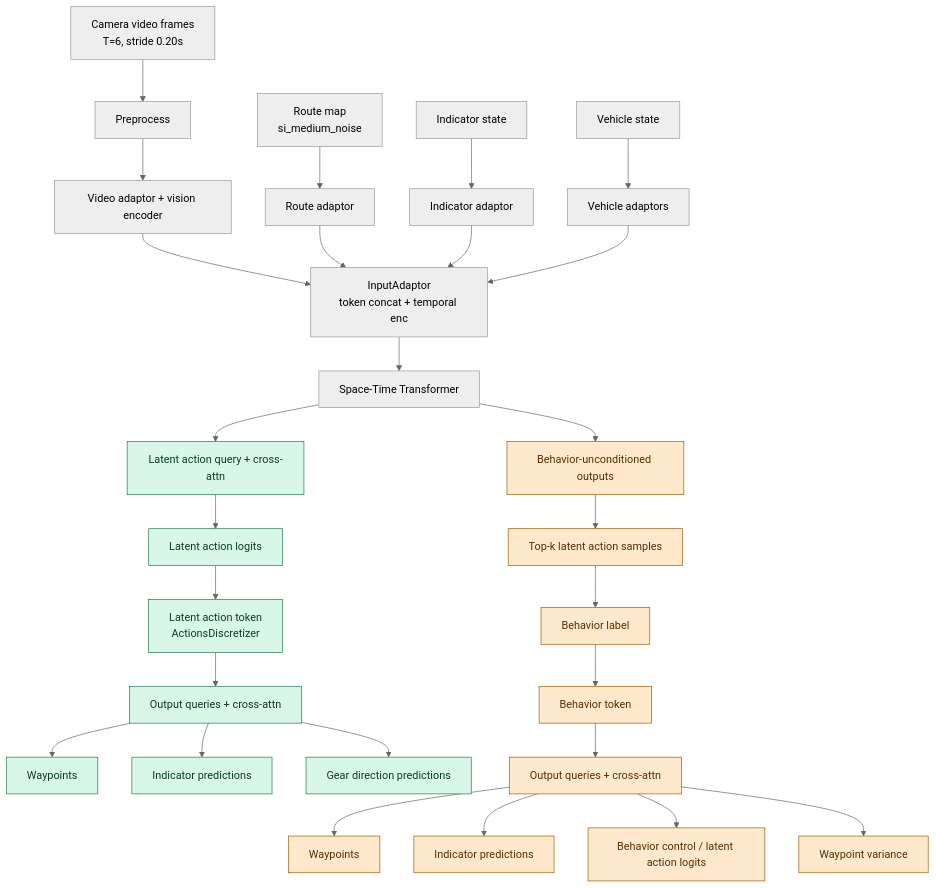
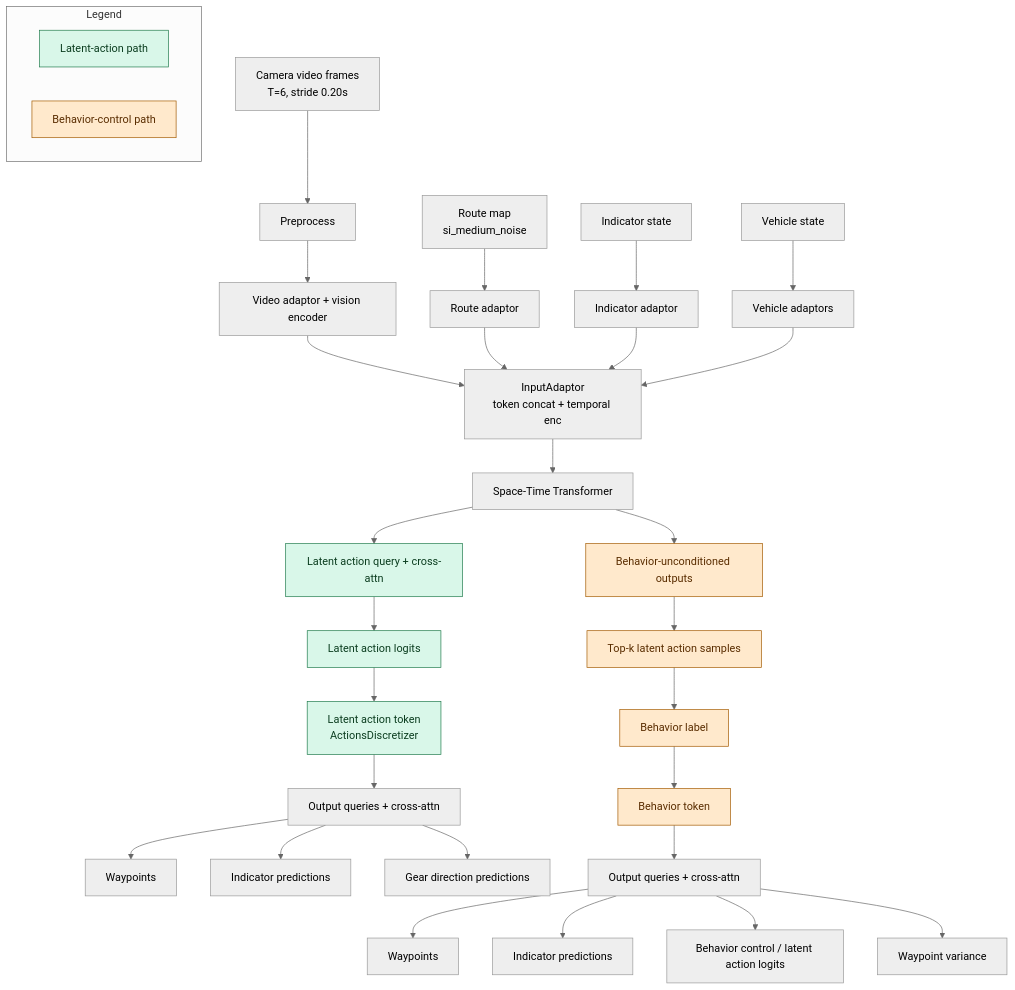
One commit to borisindelman-oss/vault changed the diagram in codex/WayveCode/2026/01/Week-1/2026-01-05-parking-bc-vs-release-bc-latent-actions.md. Above: the diagram before and after it, drawn with Mermaid (neutral theme). The commit also changed other lines of this file, not shown here.

Commit message:
git sync 2026-01-05T15:07:03Z

````diff
--- a/codex/WayveCode/2026/01/Week-1/2026-01-05-parking-bc-vs-release-bc-latent-actions.md
+++ b/codex/WayveCode/2026/01/Week-1/2026-01-05-parking-bc-vs-release-bc-latent-actions.md
@@ -91,46 +91,51 @@
 ```mermaid
 flowchart TD
   Cam["Camera video frames<br/>T=6, stride 0.20s"]
   Route["Route map<br/>si_medium_noise"]
   Indicator["Indicator state"]
   Vehicle["Vehicle state"]
 
   Cam --> Preprocess["Preprocess"]
   Preprocess --> VideoTok["Video adaptor + vision encoder"]
   Route --> RouteTok["Route adaptor"]
   Indicator --> IndTok["Indicator adaptor"]
   Vehicle --> VehTok["Vehicle adaptors"]
 
   VideoTok --> InputAdaptor["InputAdaptor<br/>token concat + temporal enc"]
   RouteTok --> InputAdaptor
   IndTok --> InputAdaptor
   VehTok --> InputAdaptor
 
   InputAdaptor --> ST["Space-Time Transformer"]
 
   %% Parking latent-action path (green)
   ST --> LatentQ["Latent action query + cross-attn"]
   LatentQ --> LatentHead["Latent action logits"]
   LatentHead --> LatentToken["Latent action token<br/>ActionsDiscretizer"]
   LatentToken --> OutputTokensP["Output queries + cross-attn"]
   OutputTokensP --> WaypointsP["Waypoints"]
   OutputTokensP --> IndicatorOutP["Indicator predictions"]
   OutputTokensP --> GearOutP["Gear direction predictions"]
 
   %% Release behavior-control path (orange)
   ST --> BehaviorUncond["Behavior-unconditioned outputs"]
   BehaviorUncond --> TopK["Top-k latent action samples"]
   TopK --> BehaviorLabel["Behavior label"]
   BehaviorLabel --> BehaviorToken["Behavior token"]
   BehaviorToken --> OutputTokensR["Output queries + cross-attn"]
   OutputTokensR --> WaypointsR["Waypoints"]
   OutputTokensR --> IndicatorOutR["Indicator predictions"]
   OutputTokensR --> BehaviorLogitsR["Behavior control / latent action logits"]
   OutputTokensR --> VarianceR["Waypoint variance"]
 
   classDef latentAction fill:#d9f7e9,stroke:#1f7a4b,color:#0b3d1f;
   classDef behaviorControl fill:#ffe9cc,stroke:#a35a00,color:#5a2d00;
 
-  class LatentQ,LatentHead,LatentToken,OutputTokensP,WaypointsP,IndicatorOutP,GearOutP latentAction;
-  class BehaviorUncond,TopK,BehaviorLabel,BehaviorToken,OutputTokensR,WaypointsR,IndicatorOutR,BehaviorLogitsR,VarianceR behaviorControl;
+  class LatentQ,LatentHead,LatentToken latentAction;
+  class BehaviorUncond,TopK,BehaviorLabel,BehaviorToken behaviorControl;
+
+  subgraph Legend
+    LAKey["Latent-action path"]:::latentAction
+    BCKey["Behavior-control path"]:::behaviorControl
+  end
 ```
````
